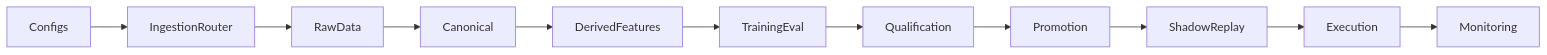
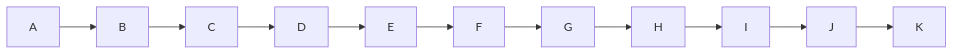
Before and after one commit to skyliquid22/Quanto: the first of 3 diagrams in README.md, drawn with Mermaid. The commit also changed other lines of this file, not shown here.

Commit message:
fix: use unlabeled mermaid nodes with legends

````diff
--- a/README.md
+++ b/README.md
@@ -37,13 +37,13 @@
 ```mermaid
-graph LR
-    A[Configs]-->B[IngestionRouter]
-    B-->C[RawData]
-    C-->D[Canonical]
-    D-->E[DerivedFeatures]
-    E-->F[TrainingEval]
-    F-->G[Qualification]
-    G-->H[Promotion]
-    H-->I[ShadowReplay]
-    I-->J[Execution]
-    J-->K[Monitoring]
+graph LR;
+    A-->B;
+    B-->C;
+    C-->D;
+    D-->E;
+    E-->F;
+    F-->G;
+    G-->H;
+    H-->I;
+    I-->J;
+    J-->K;
 ```
````
